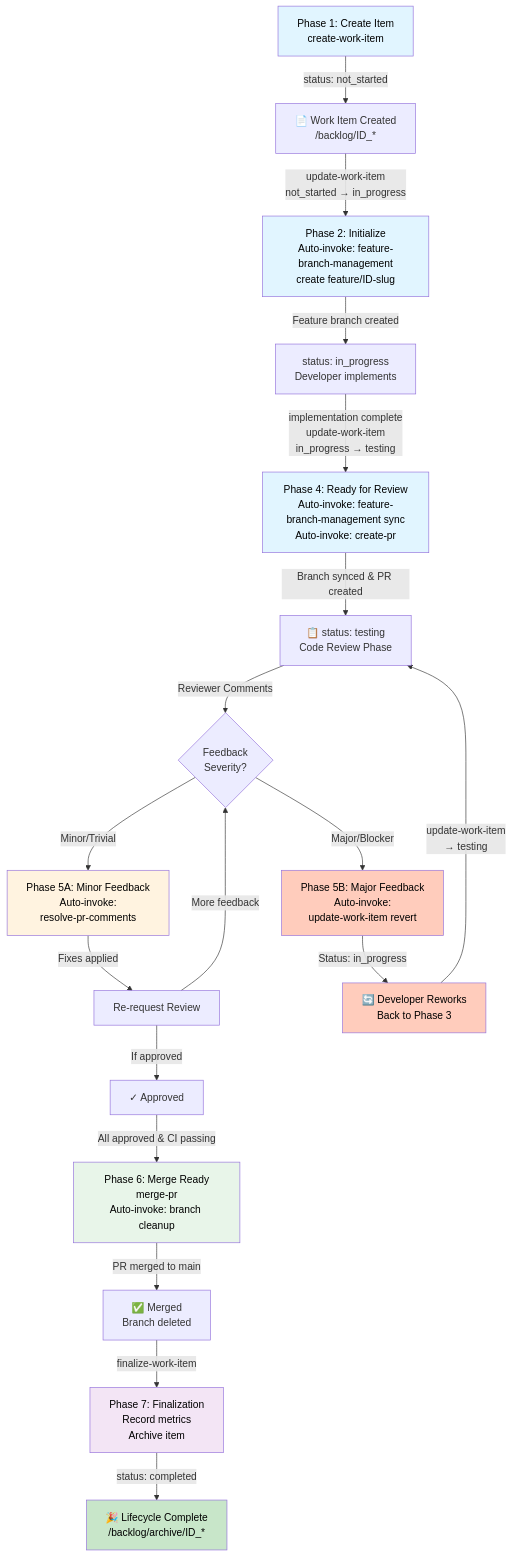
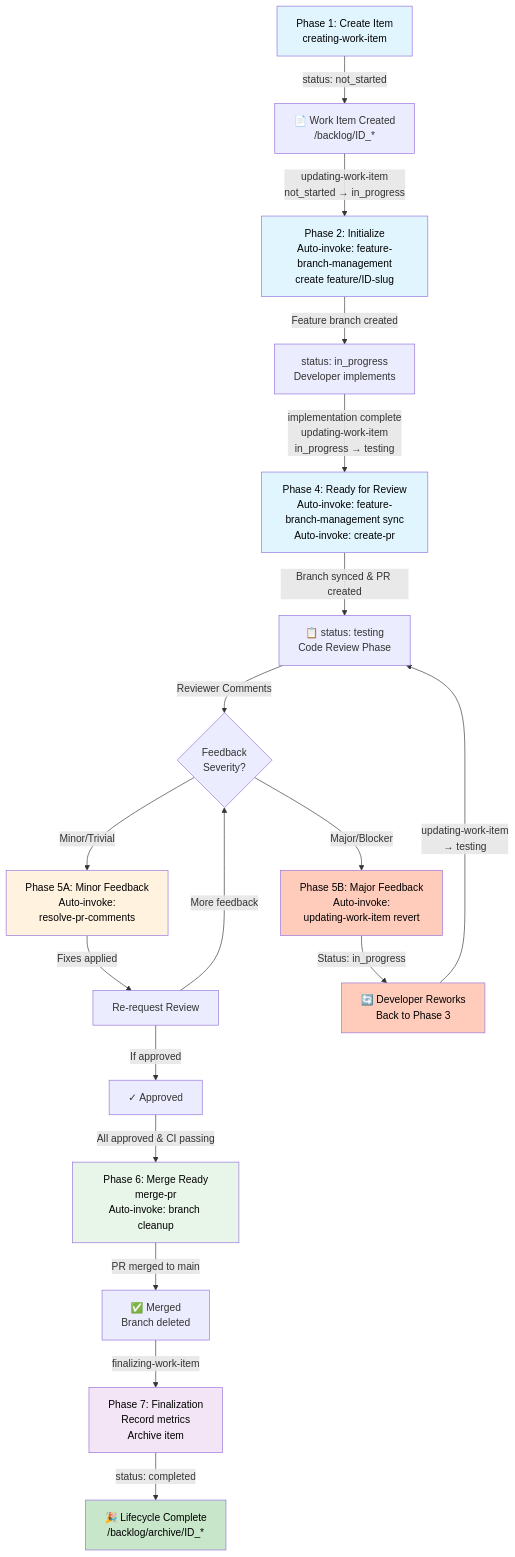
The second of 8 diagrams in docs/WORK_MANAGEMENT_INTEGRATION.md (squirrel289/pax), drawn with Mermaid before and after one commit. The commit also changed other lines of this file and 29 other files, not shown here.

````diff
--- a/docs/WORK_MANAGEMENT_INTEGRATION.md
+++ b/docs/WORK_MANAGEMENT_INTEGRATION.md
@@ -110,41 +110,41 @@
 ```mermaid
 graph TD
-    A["Phase 1: Create Item<br/>create-work-item"] -->|"status: not_started"| B["📄 Work Item Created<br/>/backlog/ID_*"]
-    
-    B -->|"update-work-item<br/>not_started → in_progress"| C["Phase 2: Initialize<br/>Auto-invoke: feature-branch-management<br/>create feature/ID-slug"]
-    
+    A["Phase 1: Create Item<br/>creating-work-item"] -->|"status: not_started"| B["📄 Work Item Created<br/>/backlog/ID_*"]
+
+    B -->|"updating-work-item<br/>not_started → in_progress"| C["Phase 2: Initialize<br/>Auto-invoke: feature-branch-management<br/>create feature/ID-slug"]
+
     C -->|"Feature branch created"| D["status: in_progress<br/>Developer implements"]
-    
-    D -->|"implementation complete<br/>update-work-item<br/>in_progress → testing"| E["Phase 4: Ready for Review<br/>Auto-invoke: feature-branch-management sync<br/>Auto-invoke: create-pr"]
-    
+
+    D -->|"implementation complete<br/>updating-work-item<br/>in_progress → testing"| E["Phase 4: Ready for Review<br/>Auto-invoke: feature-branch-management sync<br/>Auto-invoke: create-pr"]
+
     E -->|"Branch synced & PR created"| F["📋 status: testing<br/>Code Review Phase"]
-    
+
     F -->|"Reviewer Comments"| G{"Feedback<br/>Severity?"}
-    
+
     G -->|"Minor/Trivial"| H["Phase 5A: Minor Feedback<br/>Auto-invoke:<br/>resolve-pr-comments"]
     H -->|"Fixes applied"| I["Re-request Review"]
     I -->|"If approved"| J["✓ Approved"]
-    
-    G -->|"Major/Blocker"| K["Phase 5B: Major Feedback<br/>Auto-invoke:<br/>update-work-item revert"]
+
+    G -->|"Major/Blocker"| K["Phase 5B: Major Feedback<br/>Auto-invoke:<br/>updating-work-item revert"]
     K -->|"Status: in_progress"| L["🔄 Developer Reworks<br/>Back to Phase 3"]
-    L -->|"update-work-item<br/>→ testing"| F
-    
+    L -->|"updating-work-item<br/>→ testing"| F
+
     I -->|"More feedback"| G
     J -->|"All approved & CI passing"| M["Phase 6: Merge Ready<br/>merge-pr<br/>Auto-invoke: branch cleanup"]
-    
+
     M -->|"PR merged to main"| N["✅ Merged<br/>Branch deleted"]
-    
-    N -->|"finalize-work-item"| O["Phase 7: Finalization<br/>Record metrics<br/>Archive item"]
-    
+
+    N -->|"finalizing-work-item"| O["Phase 7: Finalization<br/>Record metrics<br/>Archive item"]
+
     O -->|"status: completed"| P["🎉 Lifecycle Complete<br/>/backlog/archive/ID_*"]
-    
+
     style A fill:#e1f5ff, color:#000
     style C fill:#e1f5ff, color:#000
     style E fill:#e1f5ff, color:#000
     style M fill:#e8f5e9, color:#000
     style O fill:#f3e5f5, color:#000
     style P fill:#c8e6c9, color:#000
     style H fill:#fff3e0, color:#000
     style K fill:#ffccbc, color:#000
     style L fill:#ffccbc, color:#000
 ```
````
